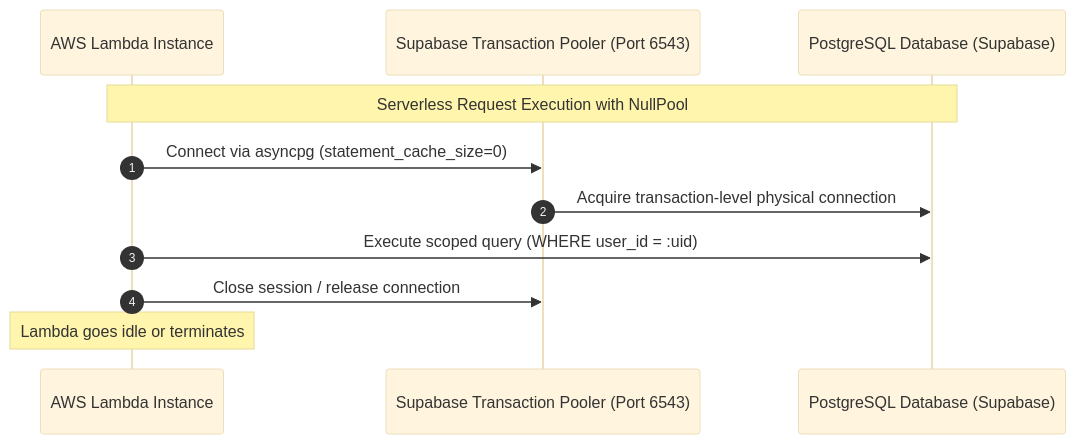
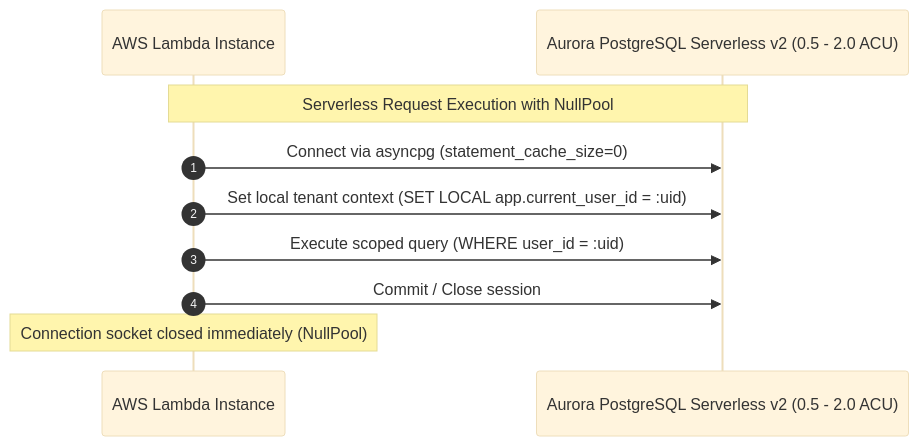
The second of 5 diagrams in docs/ARCHITECTURE.md (shubhojit-mitra-dev/ai-job-agent), drawn with Mermaid (base theme) before and after one commit. The commit also changed other lines of this file and 23 other files, not shown here.

Commit message:
docs(architecture): migrate platform architecture to AWS-native stack

````diff
--- a/docs/ARCHITECTURE.md
+++ b/docs/ARCHITECTURE.md
@@ -78,14 +111,13 @@
 ```mermaid
 sequenceDiagram
     autonumber
     participant Lambda as AWS Lambda Instance
-    participant Pooler as Supabase Transaction Pooler (Port 6543)
-    participant Postgres as PostgreSQL Database (Supabase)
+    participant Aurora as Aurora PostgreSQL Serverless v2 (0.5 - 2.0 ACU)
 
-    Note over Lambda,Postgres: Serverless Request Execution with NullPool
-    Lambda->>Pooler: Connect via asyncpg (statement_cache_size=0)
-    Pooler->>Postgres: Acquire transaction-level physical connection
-    Lambda->>Postgres: Execute scoped query (WHERE user_id = :uid)
-    Lambda->>Pooler: Close session / release connection
-    Note over Lambda: Lambda goes idle or terminates
+    Note over Lambda,Aurora: Serverless Request Execution with NullPool
+    Lambda->>Aurora: Connect via asyncpg (statement_cache_size=0)
+    Lambda->>Aurora: Set local tenant context (SET LOCAL app.current_user_id = :uid)
+    Lambda->>Aurora: Execute scoped query (WHERE user_id = :uid)
+    Lambda->>Aurora: Commit / Close session
+    Note over Lambda: Connection socket closed immediately (NullPool)
 ```
````
